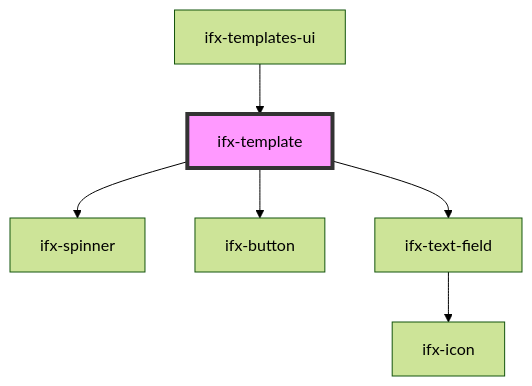
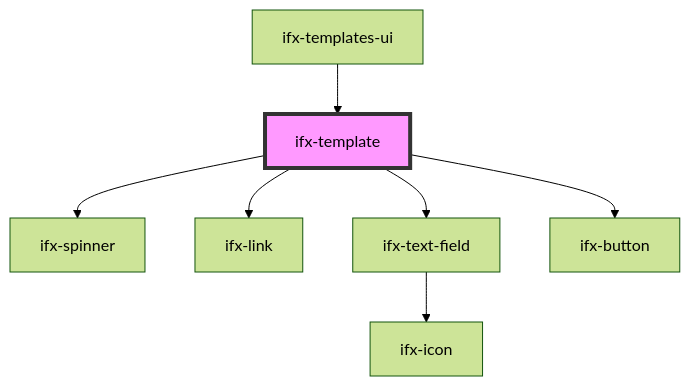
One commit to Infineon/infineon-design-system-stencil changed the diagram in packages/components/src/components/templates/template/readme.md. Above: the diagram before and after it, drawn with Mermaid (forest theme). The commit also changed other lines of this file and 9 other files, not shown here.

````diff
--- a/packages/components/src/components/templates/template/readme.md
+++ b/packages/components/src/components/templates/template/readme.md
@@ -54,9 +56,10 @@
 ```mermaid
 graph TD;
   ifx-template --> ifx-spinner
+  ifx-template --> ifx-link
+  ifx-template --> ifx-text-field
   ifx-template --> ifx-button
-  ifx-template --> ifx-text-field
   ifx-text-field --> ifx-icon
   ifx-templates-ui --> ifx-template
   style ifx-template fill:#f9f,stroke:#333,stroke-width:4px
 ```
````
